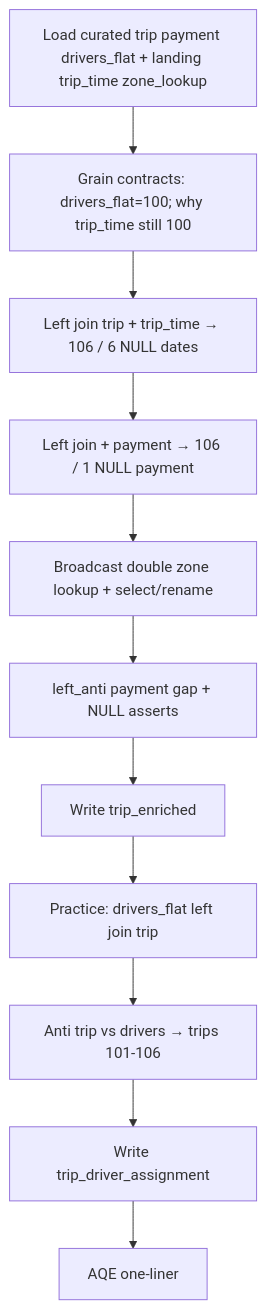
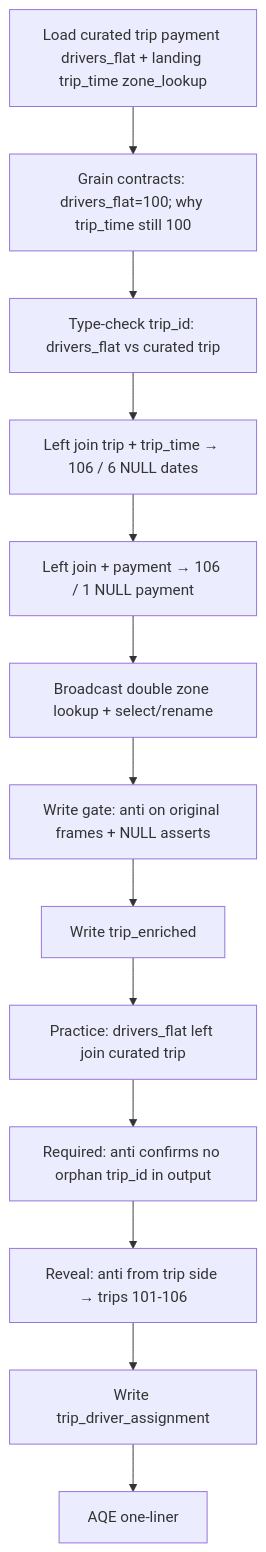
One commit to rajdump/pyspark-on-azure-databricks-academy changed the diagram in 07 - Joins and Set Operations/NB07 - Capstone cell map.md. Above: the diagram before and after it, drawn with Mermaid. The commit also changed other lines of this file, not shown here.

````diff
--- a/07 - Joins and Set Operations/NB07 - Capstone cell map.md
+++ b/07 - Joins and Set Operations/NB07 - Capstone cell map.md
@@ -41,15 +54,17 @@
 ```mermaid
 flowchart TD
   load[Load curated trip payment drivers_flat + landing trip_time zone_lookup]
   grain[Grain contracts: drivers_flat=100; why trip_time still 100]
+  typecheck[Type-check trip_id: drivers_flat vs curated trip]
   step1["Left join trip + trip_time → 106 / 6 NULL dates"]
   step2["Left join + payment → 106 / 1 NULL payment"]
   step3["Broadcast double zone lookup + select/rename"]
-  validate["left_anti payment gap + NULL asserts"]
+  validate["Write gate: anti on original frames + NULL asserts"]
   write1[Write trip_enriched]
-  practice["Practice: drivers_flat left join trip"]
-  pracVal["Anti trip vs drivers → trips 101-106"]
+  practice["Practice: drivers_flat left join curated trip"]
+  pracValOut["Required: anti confirms no orphan trip_id in output"]
+  pracValIn["Reveal: anti from trip side → trips 101-106"]
   write2[Write trip_driver_assignment]
   aqe[AQE one-liner]
-  load --> grain --> step1 --> step2 --> step3 --> validate --> write1 --> practice --> pracVal --> write2 --> aqe
+  load --> grain --> typecheck --> step1 --> step2 --> step3 --> validate --> write1 --> practice --> pracValOut --> pracValIn --> write2 --> aqe
 ```
````
